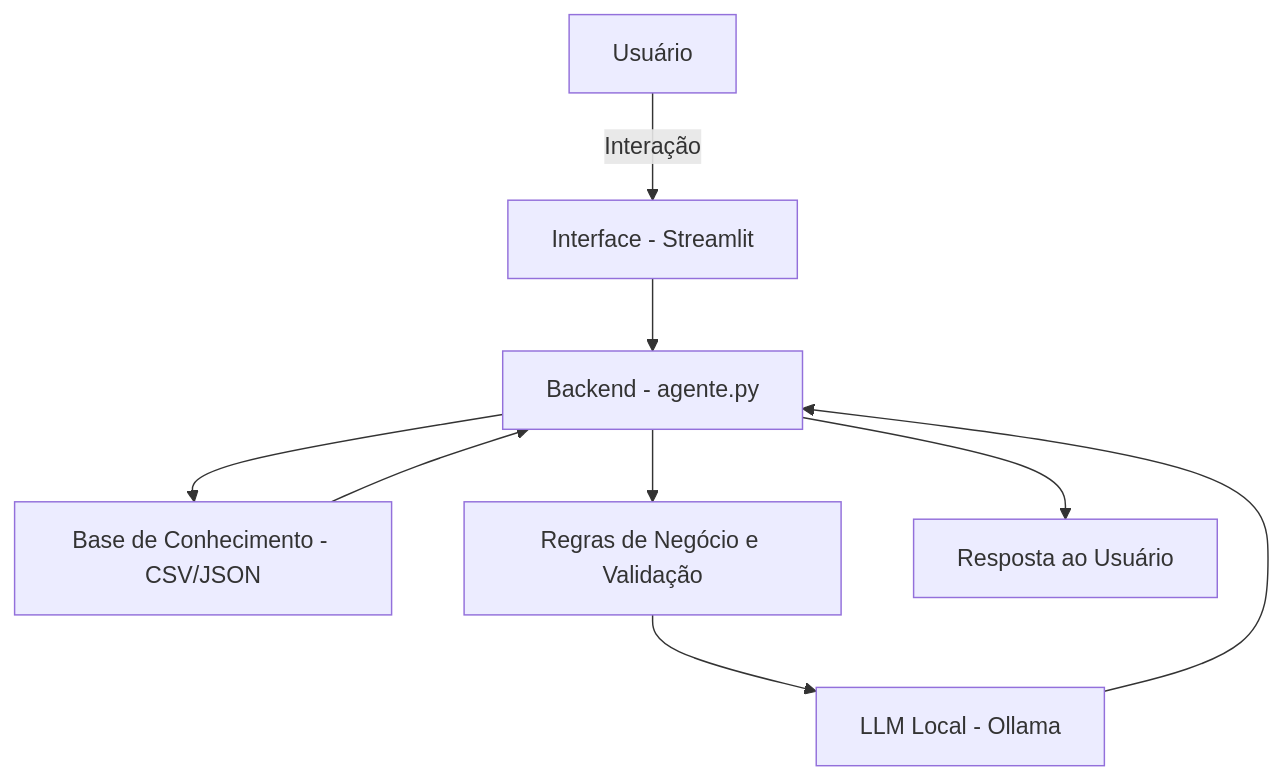
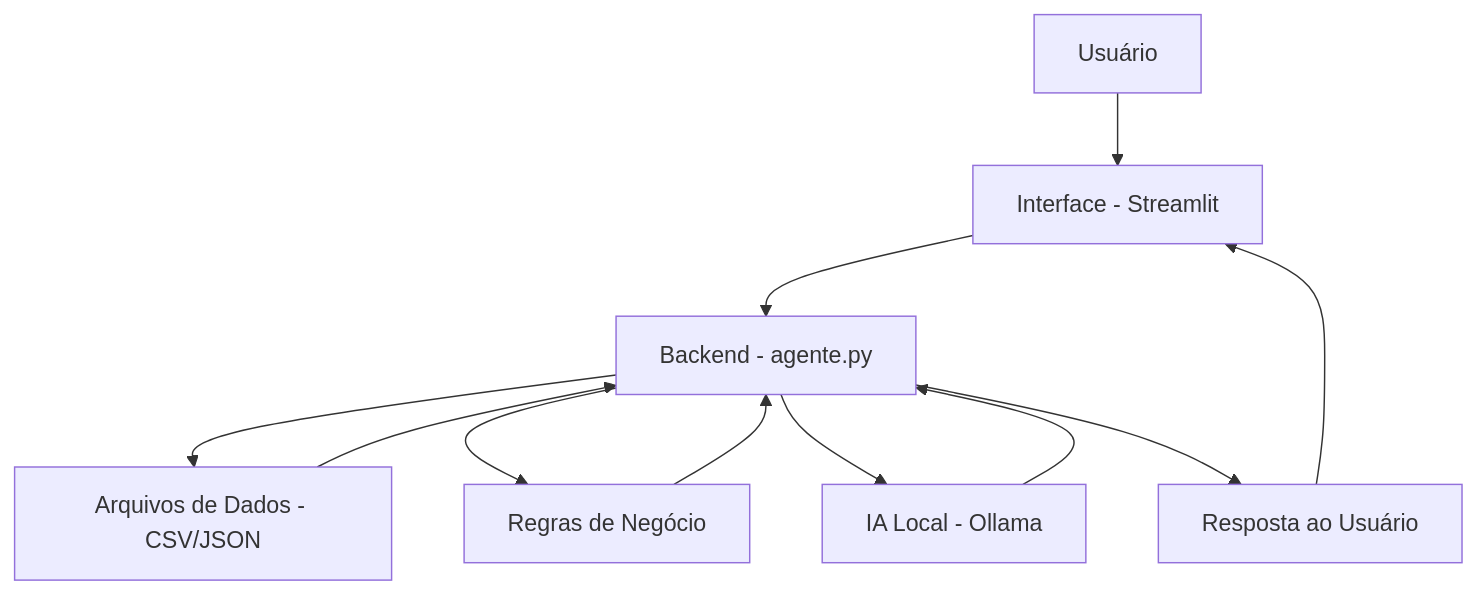
Before and after one commit to Ana-Almeida110/dio-assistente_financeiro_ia: the diagram in docs/1-documentacao_agente.md, drawn with Mermaid. The commit also changed other lines of this file, not shown here.

First line of the commit message:
Revise documentation for components and flowchart

````diff
--- a/docs/1-documentacao_agente.md
+++ b/docs/1-documentacao_agente.md
@@ -66,11 +66,13 @@
 ```mermaid
 flowchart TD
-    A[Usuário] -->|Interação| B[Interface - Streamlit]
+    A[Usuário] --> B[Interface - Streamlit]
     B --> C[Backend - agente.py]
-    C --> D[Base de Conhecimento - CSV/JSON]
+    C --> D[Arquivos de Dados - CSV/JSON]
+    C --> E[Regras de Negócio]
+    C --> F[IA Local - Ollama]
     D --> C
-    C --> E[Regras de Negócio e Validação]
-    E --> F[LLM Local - Ollama]
+    E --> C
     F --> C
     C --> G[Resposta ao Usuário]
+    G --> B
 ```
````
